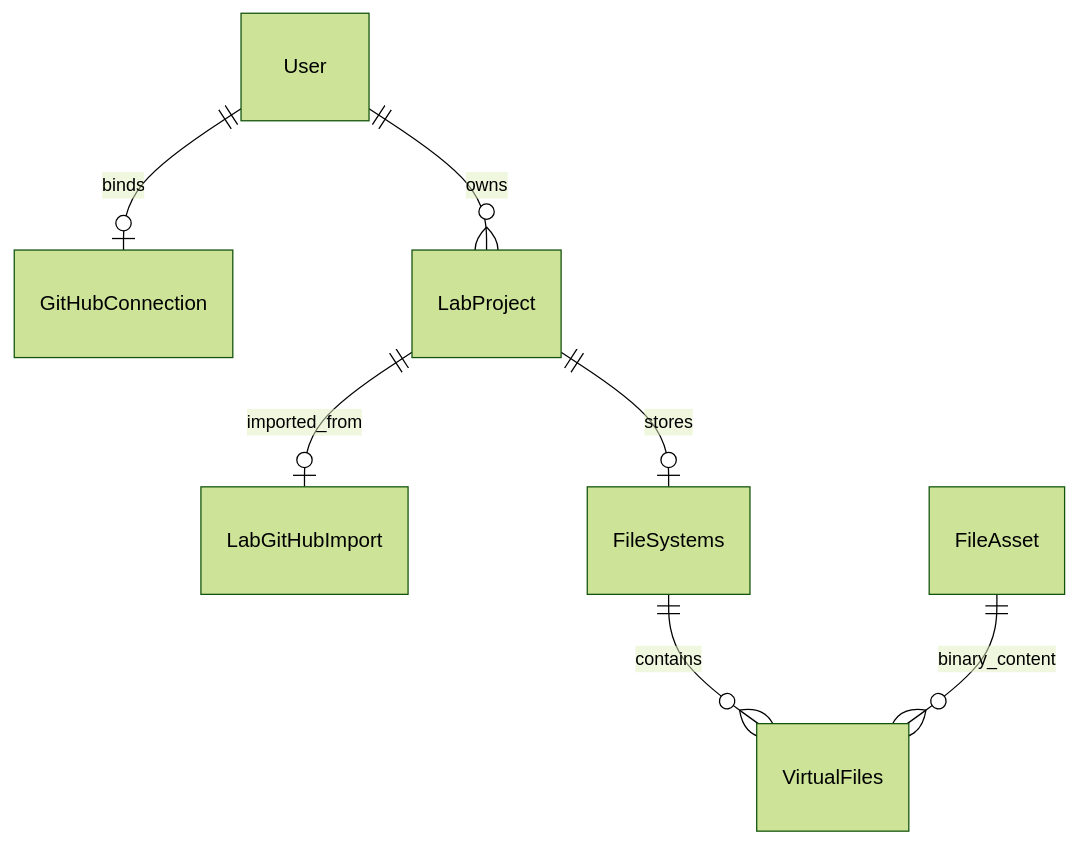
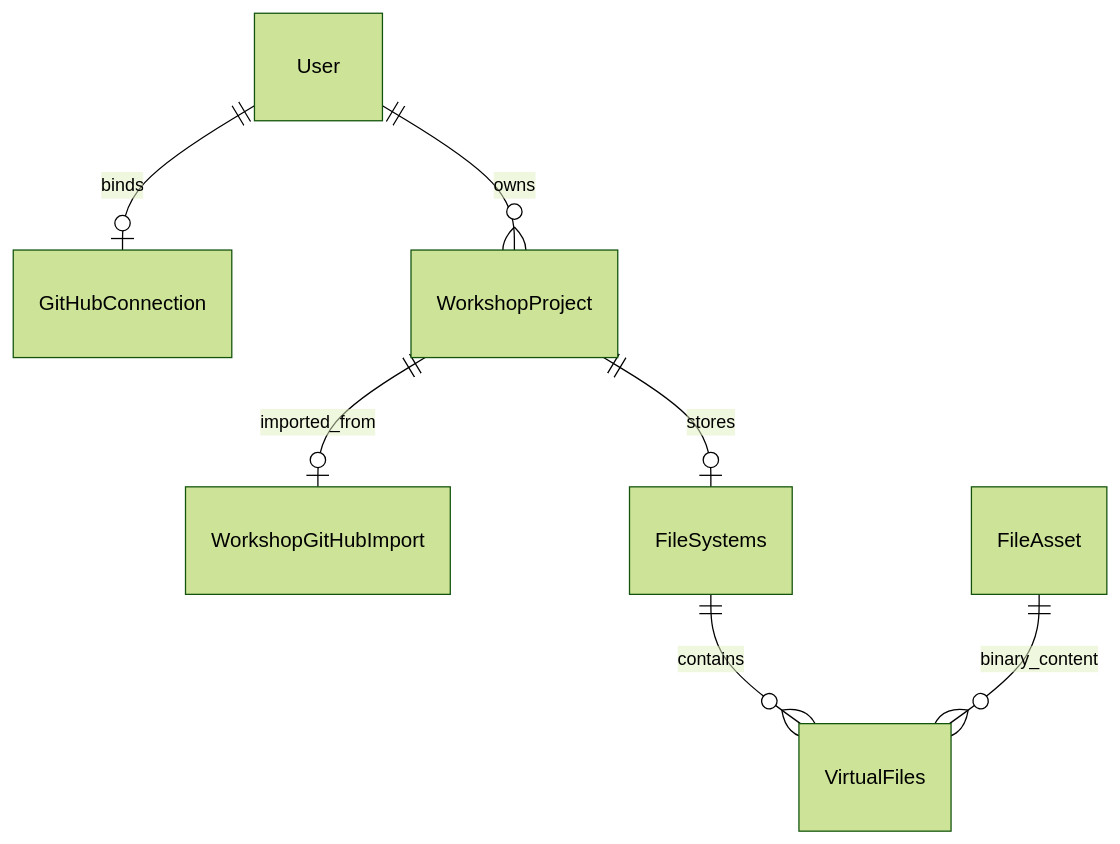
One commit to QuantaCenter/quanta-challenge changed the diagram in docs/GITHUB_IMPORT_DESIGN.md. Above: the diagram before and after it, drawn with Mermaid (forest theme). The commit also changed other lines of this file and 198 other files, not shown here.

````diff
--- a/docs/GITHUB_IMPORT_DESIGN.md
+++ b/docs/GITHUB_IMPORT_DESIGN.md
@@ -15,9 +15,9 @@
 ```mermaid
 erDiagram
     User ||--o| GitHubConnection : binds
-    User ||--o{ LabProject : owns
-    LabProject ||--o| LabGitHubImport : imported_from
-    LabProject ||--o| FileSystems : stores
+    User ||--o{ WorkshopProject : owns
+    WorkshopProject ||--o| WorkshopGitHubImport : imported_from
+    WorkshopProject ||--o| FileSystems : stores
     FileSystems ||--o{ VirtualFiles : contains
     FileAsset ||--o{ VirtualFiles : binary_content
 ```
````
